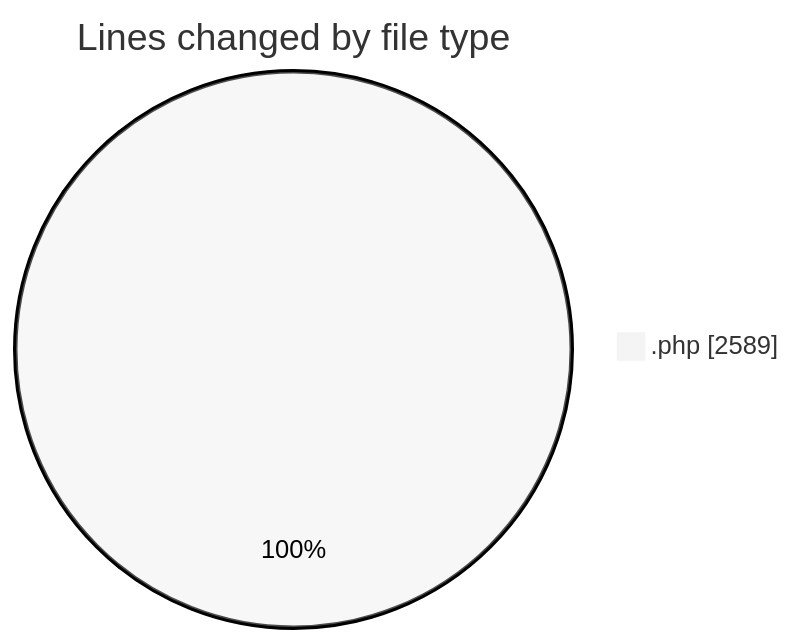
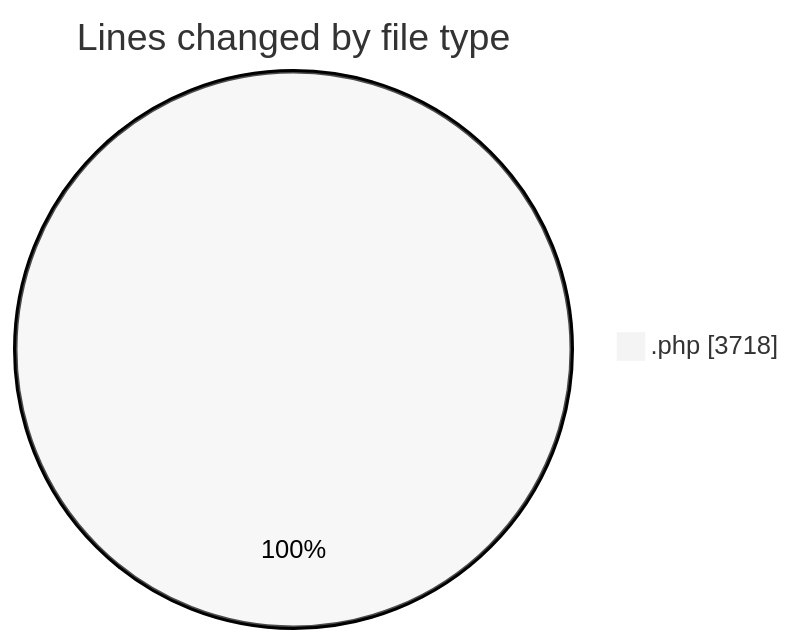
One commit to vahidmafi/code-tracking changed the first of 2 diagrams in 2025-05-31/shop/README.md. Above: the diagram before and after it, drawn with Mermaid (neutral theme). The commit also changed other lines of this file and 1 other file, not shown here.

````diff
--- a/2025-05-31/shop/README.md
+++ b/2025-05-31/shop/README.md
@@ -21,5 +22,5 @@
 ```mermaid
 pie showData
 title Lines changed by file type
-".php" : 2589
+".php" : 3718
 ```
````
